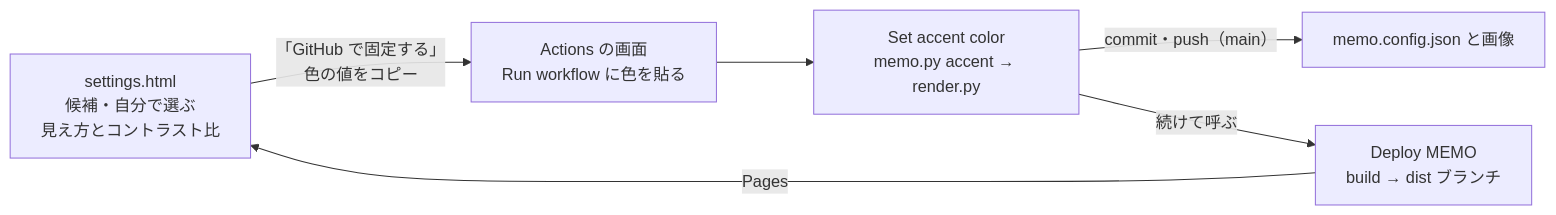
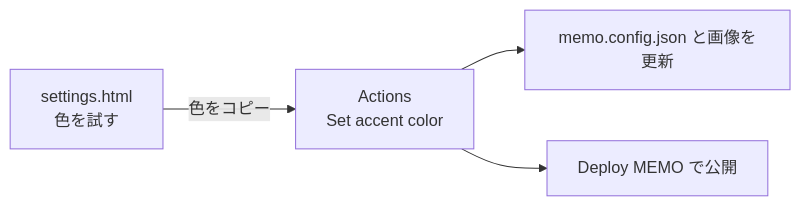
Before and after one commit to taka1156/memo-kit: the third of 4 diagrams in memo-detail.md, drawn with Mermaid. The commit also changed other lines of this file and 12 other files, not shown here.

````diff
--- a/memo-detail.md
+++ b/memo-detail.md
@@ -384,8 +174,6 @@
 ```mermaid
 flowchart LR
-  sp["settings.html<br/>候補・自分で選ぶ<br/>見え方とコントラスト比"] -->|"「GitHub で固定する」<br/>色の値をコピー"| run["Actions の画面<br/>Run workflow に色を貼る"]
-  run --> wf["Set accent color<br/>memo.py accent → render.py"]
-  wf -->|"commit・push（main）"| repo["memo.config.json と画像"]
-  wf -->|"続けて呼ぶ"| dep["Deploy MEMO<br/>build → dist ブランチ"]
-  dep -->|Pages| sp
+  sp["settings.html<br/>色を試す"] -->|"色をコピー"| run["Actions<br/>Set accent color"]
+  run --> repo["memo.config.json と画像を更新"]
+  run --> dep["Deploy MEMO で公開"]
 ```
````
